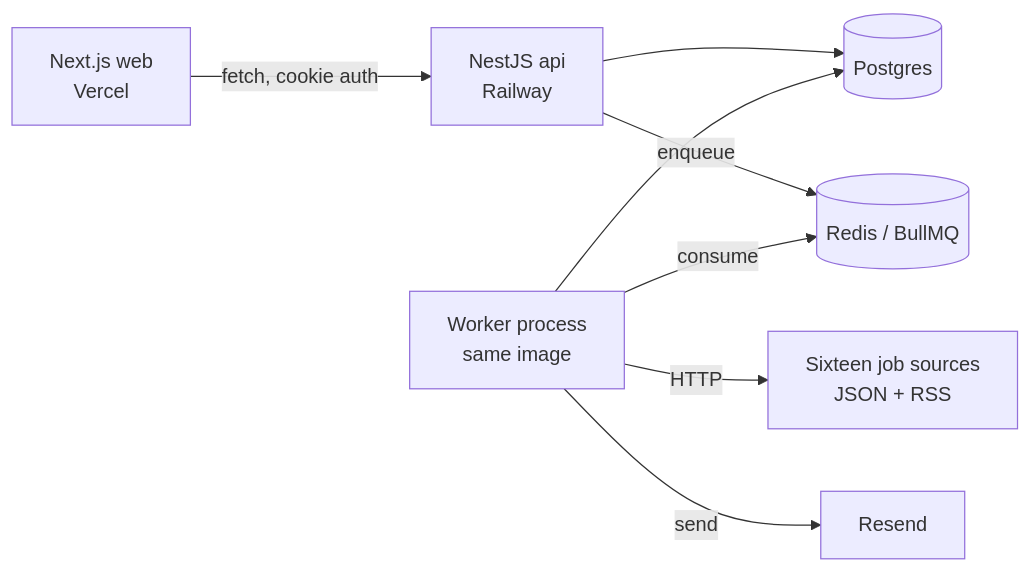
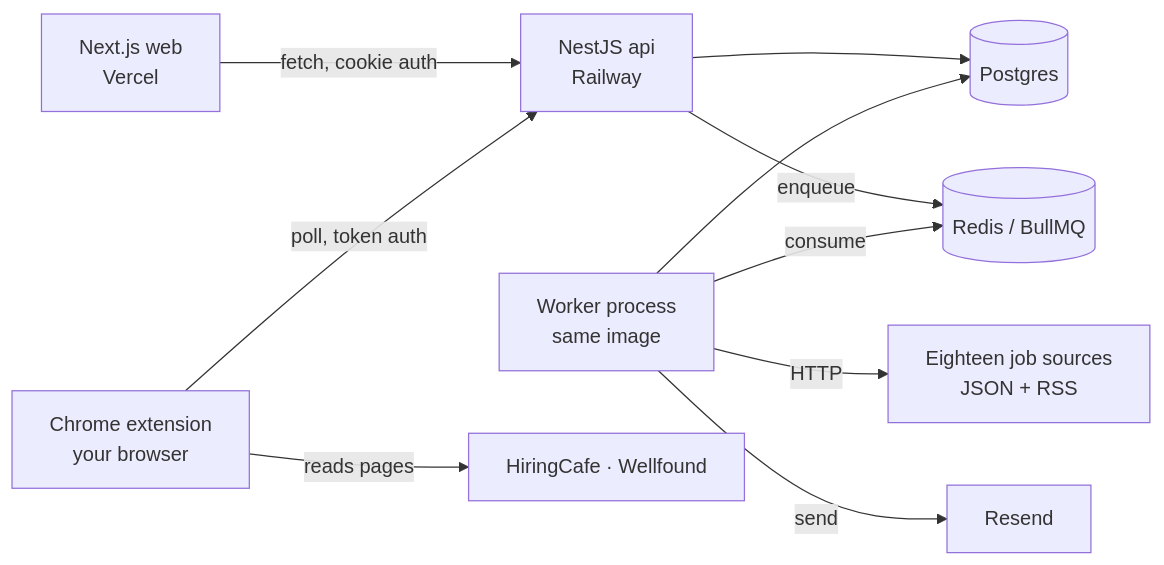
Before and after one commit to Jadesuuu/Reel: the diagram in README.md, drawn with Mermaid. The commit also changed other lines of this file and 73 other files, not shown here.

First line of the commit message:
feat: browser sources through a chrome extension, plus jobstreet and kalibrr feeds

````diff
--- a/README.md
+++ b/README.md
@@ -47,10 +49,12 @@
 ```mermaid
 flowchart LR
   Web[Next.js web<br/>Vercel] -->|fetch, cookie auth| API[NestJS api<br/>Railway]
   API --> PG[(Postgres)]
   API -->|enqueue| R[(Redis / BullMQ)]
   W[Worker process<br/>same image] -->|consume| R
   W --> PG
-  W -->|HTTP| S[Sixteen job sources<br/>JSON + RSS]
+  W -->|HTTP| S[Eighteen job sources<br/>JSON + RSS]
+  X[Chrome extension<br/>your browser] -->|poll, token auth| API
+  X -->|reads pages| B[HiringCafe · Wellfound]
   W -->|send| M[Resend]
 ```
````
